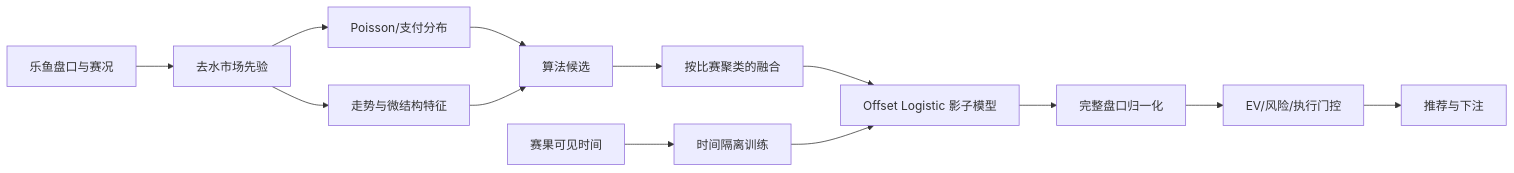
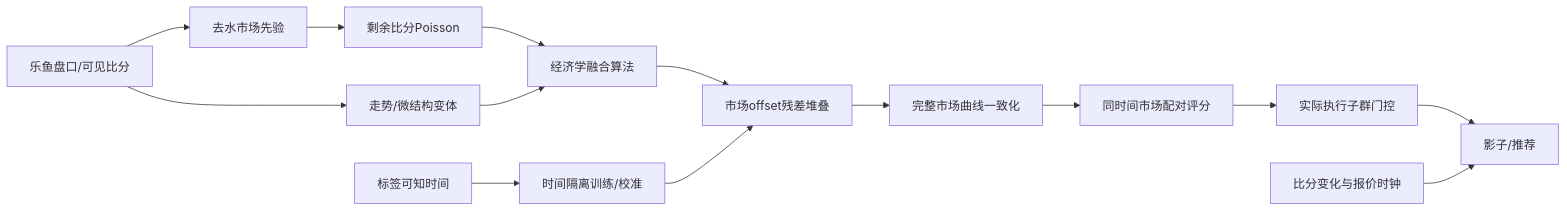
The first of 3 diagrams in reports/decision-algorithm-model-audit/REPORT.md (1420970597/ai_football), drawn with Mermaid before and after one commit. The commit also changed other lines of this file and 15 other files, not shown here.

````diff
--- a/reports/decision-algorithm-model-audit/REPORT.md
+++ b/reports/decision-algorithm-model-audit/REPORT.md
@@ -18,15 +58,16 @@
 ```mermaid
 flowchart LR
-    A[乐鱼盘口与赛况] --> B[去水市场先验]
-    B --> C[Poisson/支付分布]
-    B --> D[走势与微结构特征]
-    C --> E[算法候选]
+    A[乐鱼盘口/可见比分] --> B[去水市场先验]
+    B --> C[剩余比分Poisson]
+    A --> D[走势/微结构变体]
+    C --> E[经济学融合算法]
     D --> E
-    E --> F[按比赛聚类的融合]
-    F --> G[Offset Logistic 影子模型]
-    G --> H[完整盘口归一化]
-    H --> I[EV/风险/执行门控]
-    I --> J[推荐与下注]
-    K[赛果可见时间] --> L[时间隔离训练]
-    L --> G
+    E --> F[市场offset残差堆叠]
+    F --> G[完整市场曲线一致化]
+    G --> H[同时间市场配对评分]
+    H --> I[实际执行子群门控]
+    I --> J[影子/推荐]
+    K[比分变化与报价时钟] --> J
+    L[标签可知时间] --> M[时间隔离训练/校准]
+    M --> F
 ```
````
